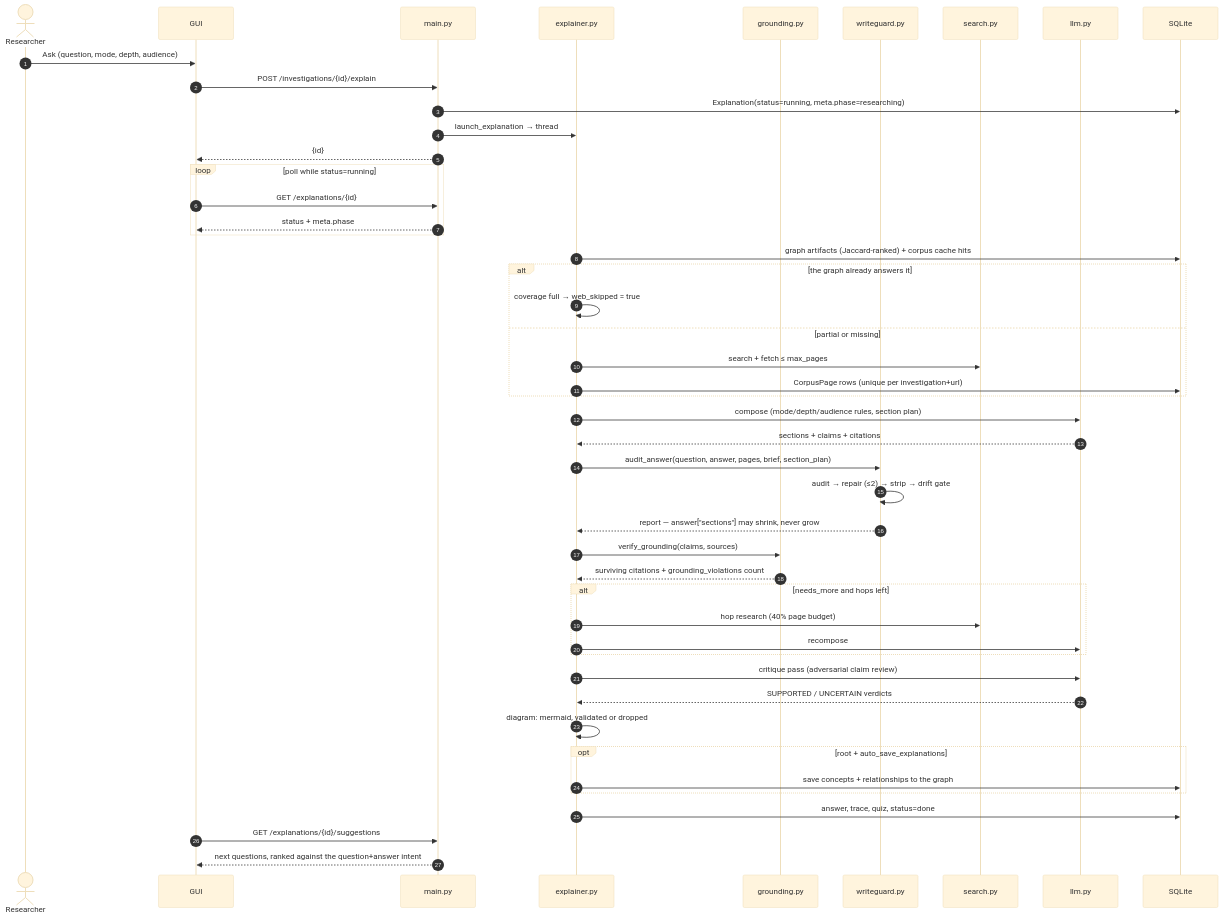
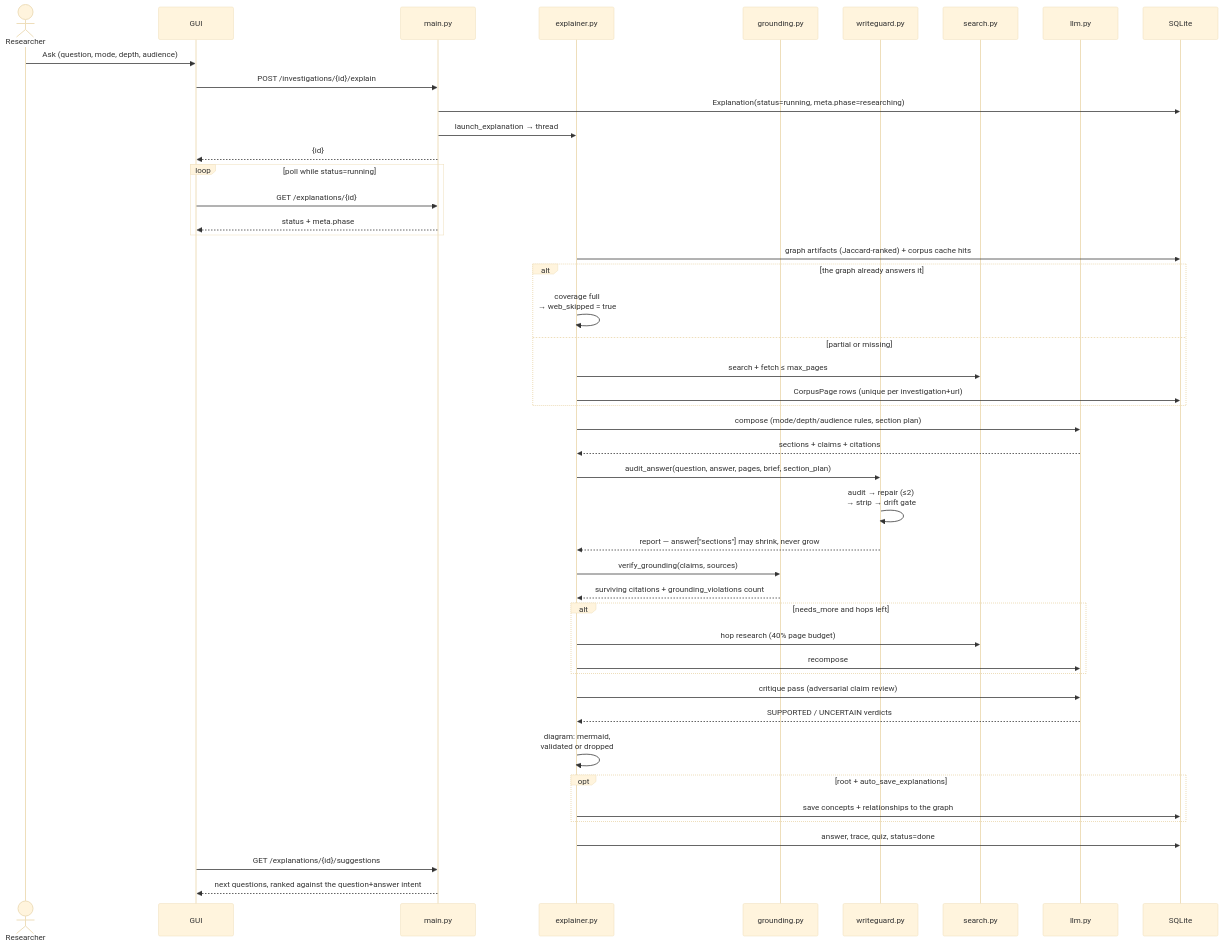
One commit to harishgovardhandamodar/agentic-knowledge-mapper changed the third of 12 diagrams in design/interaction.md. Above: the diagram before and after it, drawn with Mermaid (base theme). The commit also changed other lines of this file and 2 other files, not shown here.

Commit message:
Fix overlapping Mermaid diagrams: serialize renders, drop colliding autonumbers

````diff
--- a/design/interaction.md
+++ b/design/interaction.md
@@ -98,50 +96,49 @@
 ```mermaid
 sequenceDiagram
-    autonumber
     actor R as Researcher
     participant UI as GUI
     participant API as main.py
     participant EX as explainer.py
     participant GRD as grounding.py
     participant WG as writeguard.py
     participant SRCH as search.py
     participant LLM as llm.py
     participant DB as SQLite
     R->>UI: Ask (question, mode, depth, audience)
     UI->>API: POST /investigations/{id}/explain
     API->>DB: Explanation(status=running, meta.phase=researching)
     API->>EX: launch_explanation → thread
     API-->>UI: {id}
     loop poll while status=running
         UI->>API: GET /explanations/{id}
         API-->>UI: status + meta.phase
     end
     EX->>DB: graph artifacts (Jaccard-ranked) + corpus cache hits
     alt the graph already answers it
-        EX->>EX: coverage full → web_skipped = true
+        EX->>EX: coverage full<br/>→ web_skipped = true
     else partial or missing
         EX->>SRCH: search + fetch ≤ max_pages
         EX->>DB: CorpusPage rows (unique per investigation+url)
     end
     EX->>LLM: compose (mode/depth/audience rules, section plan)
     LLM-->>EX: sections + claims + citations
     EX->>WG: audit_answer(question, answer, pages, brief, section_plan)
-    WG->>WG: audit → repair (≤2) → strip → drift gate
+    WG->>WG: audit → repair (≤2)<br/>→ strip → drift gate
     WG-->>EX: report — answer["sections"] may shrink, never grow
     EX->>GRD: verify_grounding(claims, sources)
     GRD-->>EX: surviving citations + grounding_violations count
     alt needs_more and hops left
         EX->>SRCH: hop research (40% page budget)
         EX->>LLM: recompose
     end
     EX->>LLM: critique pass (adversarial claim review)
     LLM-->>EX: SUPPORTED / UNCERTAIN verdicts
-    EX->>EX: diagram: mermaid, validated or dropped
+    EX->>EX: diagram: mermaid,<br/>validated or dropped
     opt root + auto_save_explanations
         EX->>DB: save concepts + relationships to the graph
     end
     EX->>DB: answer, trace, quiz, status=done
     UI->>API: GET /explanations/{id}/suggestions
     API-->>UI: next questions, ranked against the question+answer intent
 
 ```
````
